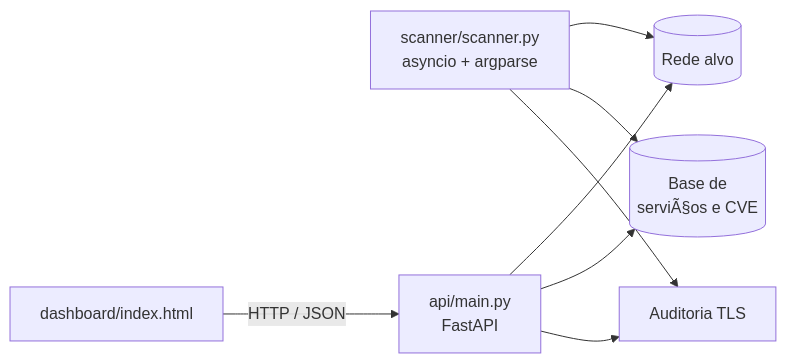
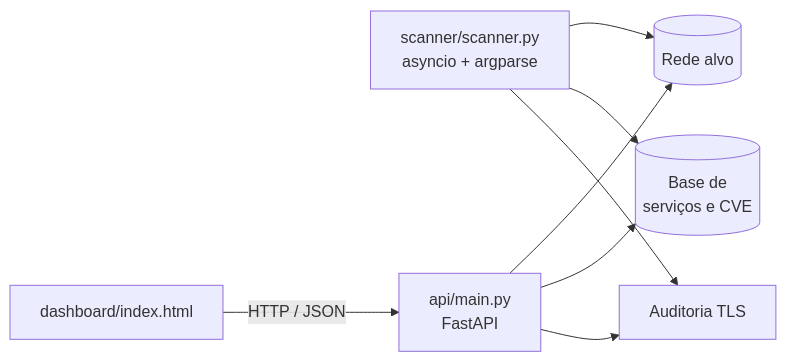
Before and after one commit to gaugustoo/sentinel-SEC: the diagram in README.md, drawn with Mermaid. The commit also changed other lines of this file, not shown here.

````diff
--- a/README.md
+++ b/README.md
@@ -56,10 +56,10 @@
 ```mermaid
 flowchart LR
     CLI[scanner/scanner.py<br/>asyncio + argparse] --> NET[(Rede alvo)]
     BROWSER[dashboard/index.html] -->|HTTP / JSON| API
     API[api/main.py<br/>FastAPI] --> NET
-    API --> KB[(Base de<br/>serviÃ§os e CVE)]
+    API --> KB[(Base de<br/>serviços e CVE)]
     CLI --> KB
     API --> SSL[Auditoria TLS]
     CLI --> SSL
 ```
````
